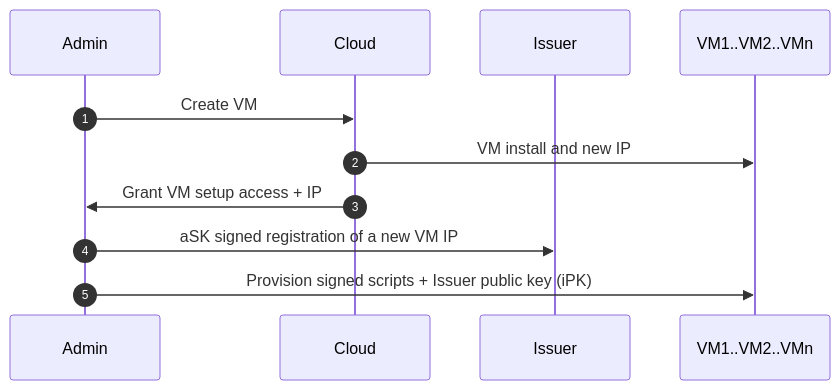
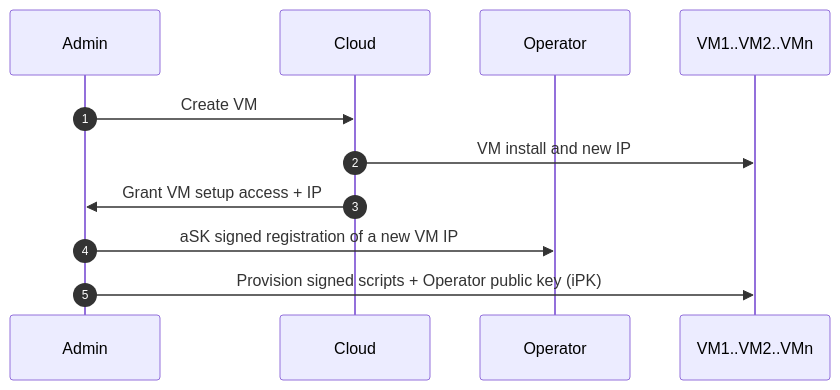
The second of 6 diagrams in docs/Setup.md (dyne/zenswarm-devops), drawn with Mermaid before and after one commit. The commit also changed other lines of this file, not shown here.

Commit message:
rename Issuer to Operator

````diff
--- a/docs/Setup.md
+++ b/docs/Setup.md
@@ -38,14 +38,14 @@
 ```mermaid
 sequenceDiagram
 autonumber
   participant A as Admin
   participant C as Cloud
-  participant I as Issuer
+  participant O as Operator
   participant V as VM1..VM2..VMn
 
   A->>C: Create VM
   C->>V: VM install and new IP
   C->>A: Grant VM setup access + IP
-  A->>I: aSK signed registration of a new VM IP
-  A->>V: Provision signed scripts + Issuer public key (iPK)
+  A->>O: aSK signed registration of a new VM IP
+  A->>V: Provision signed scripts + Operator public key (iPK)
 ```
````
